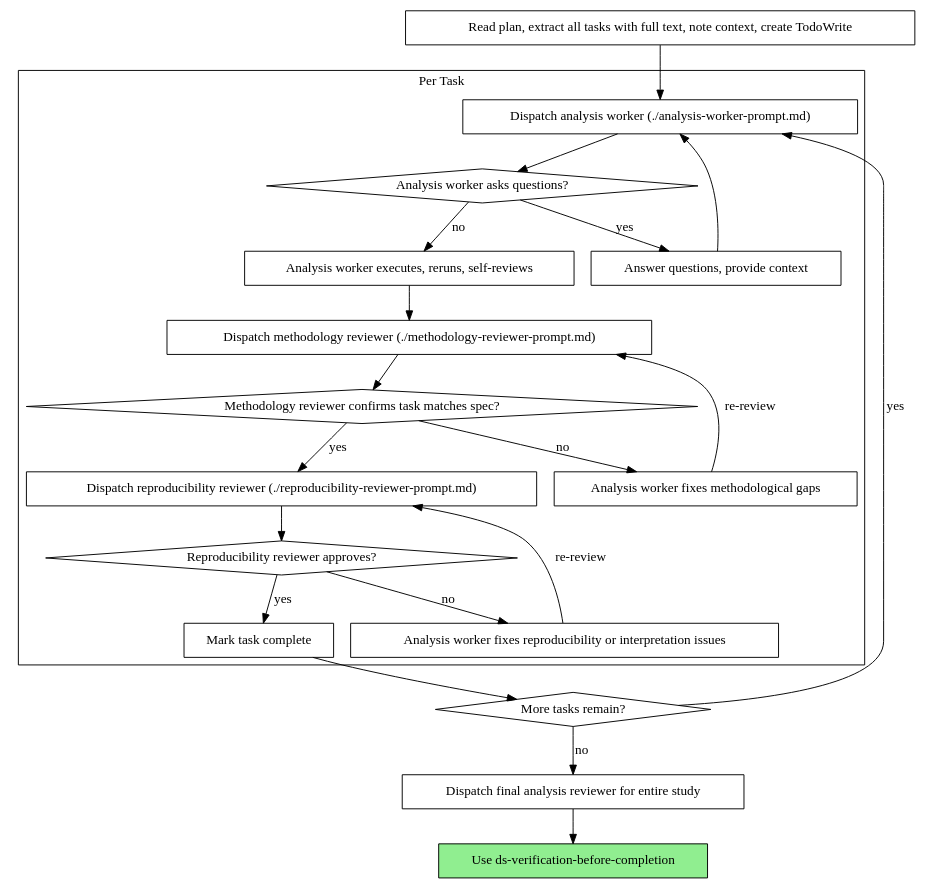
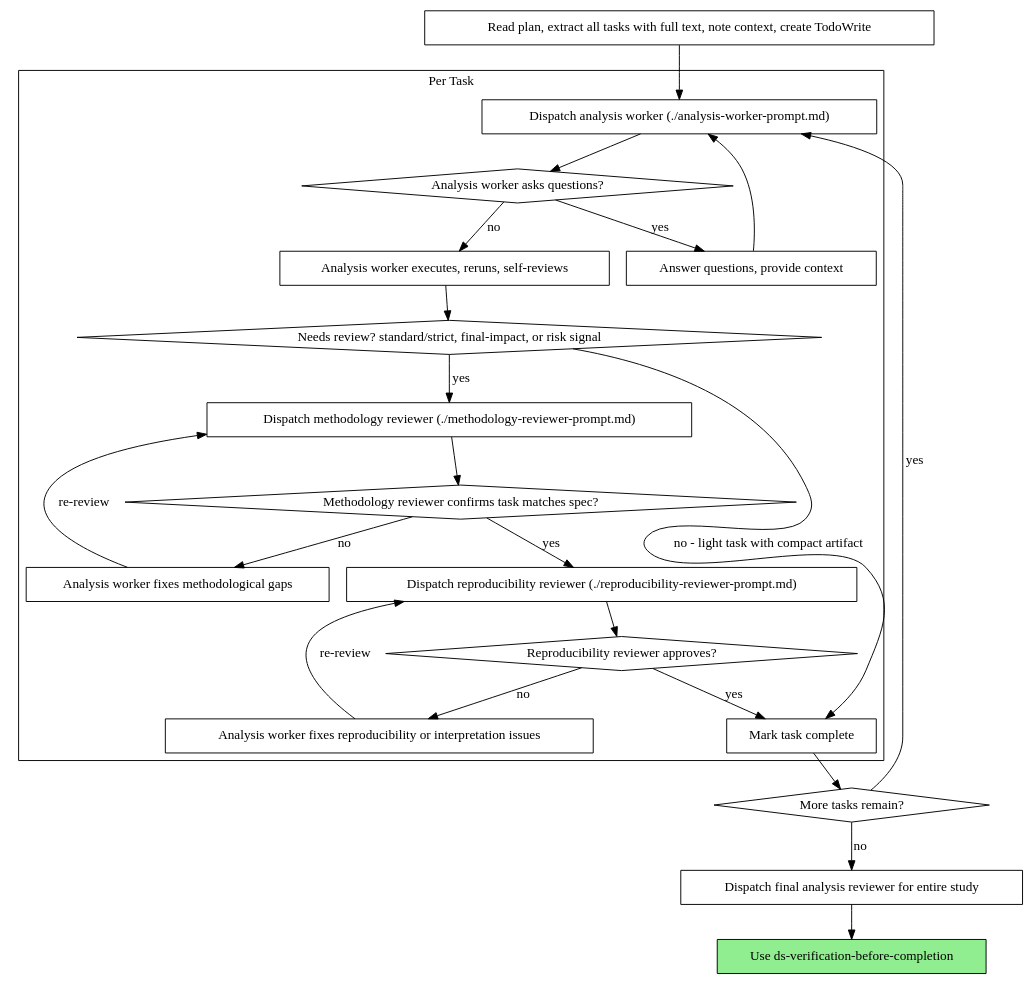
The second of 2 diagrams in ds-subagent-driven-analysis/SKILL.md (Khodzitcky-Vl/data-science-ai-superpowers), drawn with Graphviz before and after one commit. The commit also changed other lines of this file and 14 other files, not shown here.

````diff
--- a/ds-subagent-driven-analysis/SKILL.md
+++ b/ds-subagent-driven-analysis/SKILL.md
@@ -50,44 +50,47 @@
 ```dot
 digraph process {
     rankdir=TB;
 
     subgraph cluster_per_task {
         label="Per Task";
         "Dispatch analysis worker (./analysis-worker-prompt.md)" [shape=box];
         "Analysis worker asks questions?" [shape=diamond];
         "Answer questions, provide context" [shape=box];
         "Analysis worker executes, reruns, self-reviews" [shape=box];
+        "Needs review? standard/strict, final-impact, or risk signal" [shape=diamond];
         "Dispatch methodology reviewer (./methodology-reviewer-prompt.md)" [shape=box];
         "Methodology reviewer confirms task matches spec?" [shape=diamond];
         "Analysis worker fixes methodological gaps" [shape=box];
         "Dispatch reproducibility reviewer (./reproducibility-reviewer-prompt.md)" [shape=box];
         "Reproducibility reviewer approves?" [shape=diamond];
         "Analysis worker fixes reproducibility or interpretation issues" [shape=box];
         "Mark task complete" [shape=box];
     }
 
     "Read plan, extract all tasks with full text, note context, create TodoWrite" [shape=box];
     "More tasks remain?" [shape=diamond];
     "Dispatch final analysis reviewer for entire study" [shape=box];
     "Use ds-verification-before-completion" [shape=box style=filled fillcolor=lightgreen];
 
     "Read plan, extract all tasks with full text, note context, create TodoWrite" -> "Dispatch analysis worker (./analysis-worker-prompt.md)";
     "Dispatch analysis worker (./analysis-worker-prompt.md)" -> "Analysis worker asks questions?";
     "Analysis worker asks questions?" -> "Answer questions, provide context" [label="yes"];
     "Answer questions, provide context" -> "Dispatch analysis worker (./analysis-worker-prompt.md)";
     "Analysis worker asks questions?" -> "Analysis worker executes, reruns, self-reviews" [label="no"];
-    "Analysis worker executes, reruns, self-reviews" -> "Dispatch methodology reviewer (./methodology-reviewer-prompt.md)";
+    "Analysis worker executes, reruns, self-reviews" -> "Needs review? standard/strict, final-impact, or risk signal";
+    "Needs review? standard/strict, final-impact, or risk signal" -> "Dispatch methodology reviewer (./methodology-reviewer-prompt.md)" [label="yes"];
+    "Needs review? standard/strict, final-impact, or risk signal" -> "Mark task complete" [label="no - light task with compact artifact"];
     "Dispatch methodology reviewer (./methodology-reviewer-prompt.md)" -> "Methodology reviewer confirms task matches spec?";
     "Methodology reviewer confirms task matches spec?" -> "Analysis worker fixes methodological gaps" [label="no"];
     "Analysis worker fixes methodological gaps" -> "Dispatch methodology reviewer (./methodology-reviewer-prompt.md)" [label="re-review"];
     "Methodology reviewer confirms task matches spec?" -> "Dispatch reproducibility reviewer (./reproducibility-reviewer-prompt.md)" [label="yes"];
     "Dispatch reproducibility reviewer (./reproducibility-reviewer-prompt.md)" -> "Reproducibility reviewer approves?";
     "Reproducibility reviewer approves?" -> "Analysis worker fixes reproducibility or interpretation issues" [label="no"];
     "Analysis worker fixes reproducibility or interpretation issues" -> "Dispatch reproducibility reviewer (./reproducibility-reviewer-prompt.md)" [label="re-review"];
     "Reproducibility reviewer approves?" -> "Mark task complete" [label="yes"];
     "Mark task complete" -> "More tasks remain?";
     "More tasks remain?" -> "Dispatch analysis worker (./analysis-worker-prompt.md)" [label="yes"];
     "More tasks remain?" -> "Dispatch final analysis reviewer for entire study" [label="no"];
     "Dispatch final analysis reviewer for entire study" -> "Use ds-verification-before-completion";
 }
 ```
````
